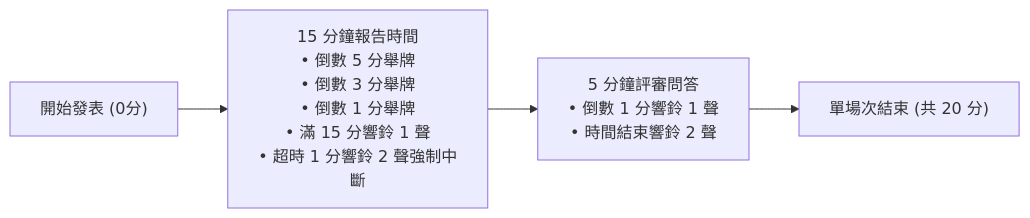
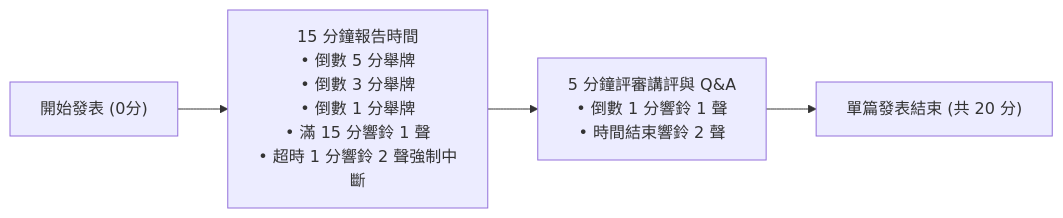
The first of 4 diagrams in 5-Master/20260327-AcademicConference/SessionG-aMCI語篇研究-summary.md (Youchenjiang/kb-records), drawn with Mermaid before and after one commit. The commit also changed other lines of this file and 1 other file, not shown here.

````diff
--- a/5-Master/20260327-AcademicConference/SessionG-aMCI語篇研究-summary.md
+++ b/5-Master/20260327-AcademicConference/SessionG-aMCI語篇研究-summary.md
@@ -13,6 +16,6 @@
 ```mermaid
 flowchart LR
     Start["開始發表 (0分)"] --> P15["15 分鐘報告時間<br/>• 倒數 5 分舉牌<br/>• 倒數 3 分舉牌<br/>• 倒數 1 分舉牌<br/>• 滿 15 分響鈴 1 聲<br/>• 超時 1 分響鈴 2 聲強制中斷"]
-    P15 --> Q5["5 分鐘評審問答<br/>• 倒數 1 分響鈴 1 聲<br/>• 時間結束響鈴 2 聲"]
-    Q5 --> End["單場次結束 (共 20 分)"]
+    P15 --> Q5["5 分鐘評審講評與 Q&A<br/>• 倒數 1 分響鈴 1 聲<br/>• 時間結束響鈴 2 聲"]
+    Q5 --> End["單篇發表結束 (共 20 分)"]
 ```
````
